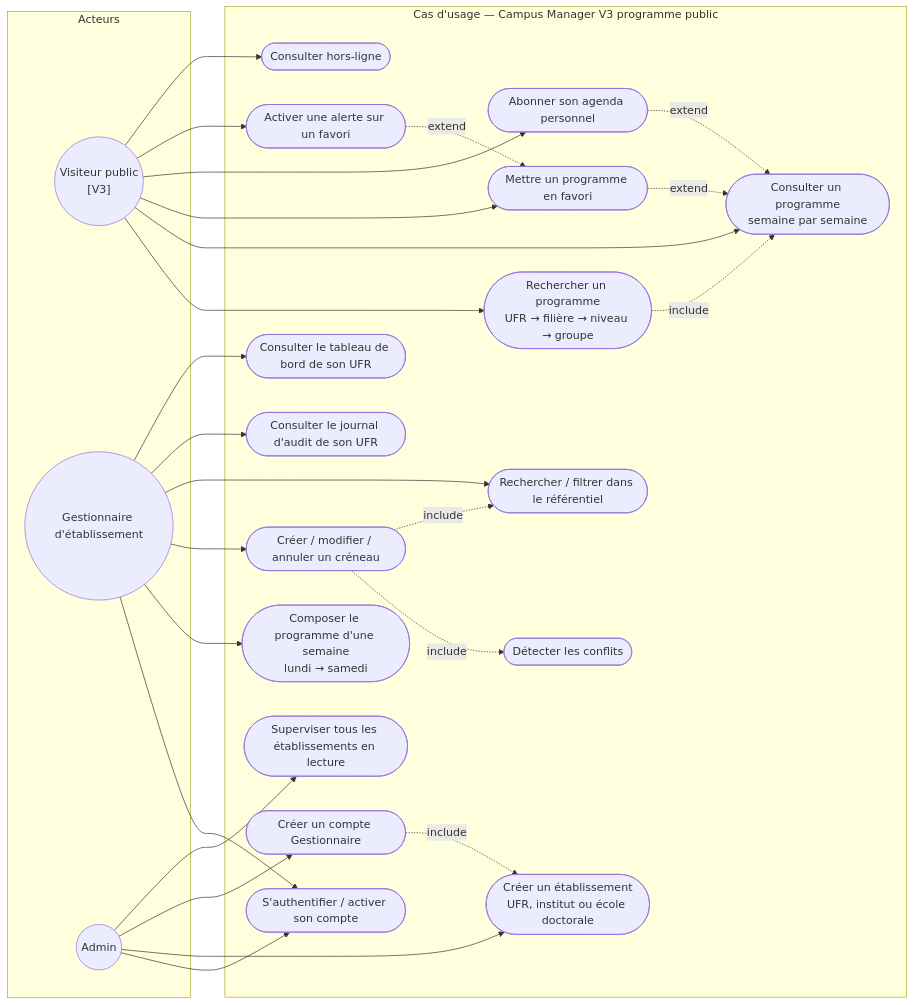
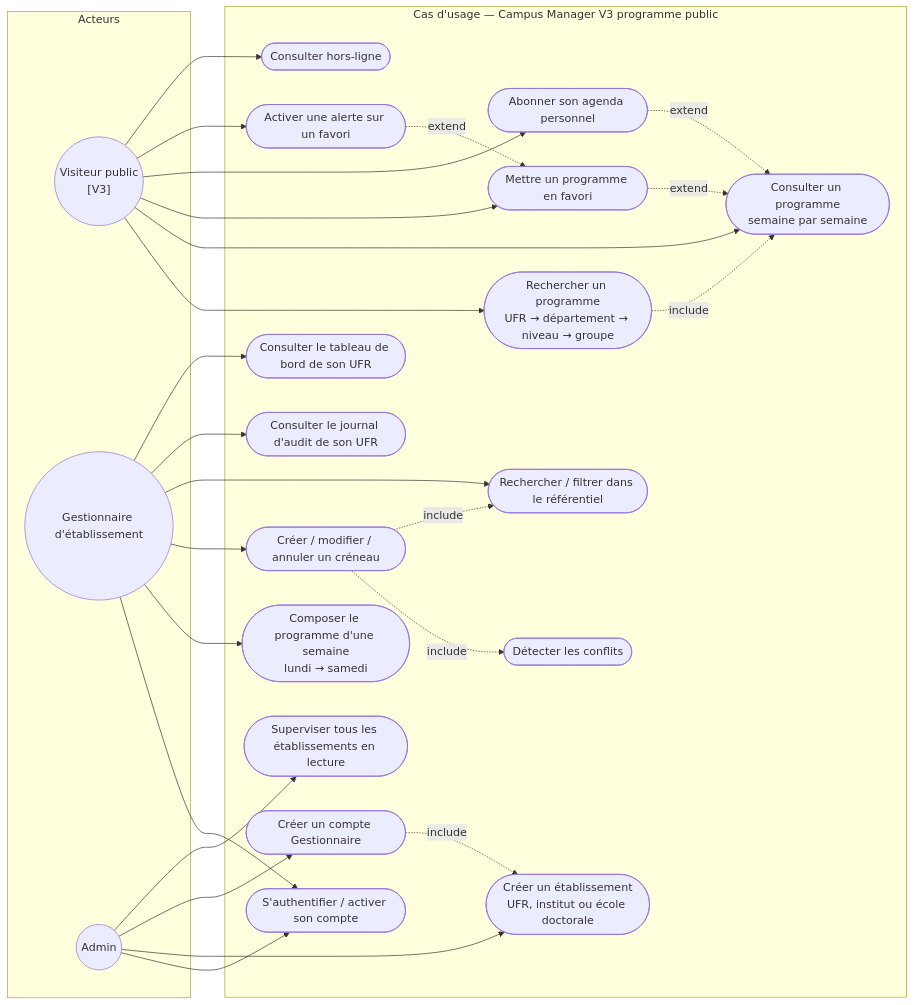
One commit to Kevin23phx/Gestionnaire_emploi_de_temps changed the second of 7 diagrams in docs/05_UML_C4_Campus_Manager.md. Above: the diagram before and after it, drawn with Mermaid. The commit also changed other lines of this file and 18 other files, not shown here.

````diff
--- a/docs/05_UML_C4_Campus_Manager.md
+++ b/docs/05_UML_C4_Campus_Manager.md
@@ -45,53 +45,53 @@
 ```mermaid
 graph LR
     subgraph Acteurs
         V(("Visiteur public<br/>[V3]"))
         S((Gestionnaire d'établissement))
         A((Admin))
     end
 
     subgraph "Cas d'usage — Campus Manager V3 programme public"
-        UP1(["Rechercher un programme<br/>UFR → filière → niveau → groupe"])
+        UP1(["Rechercher un programme<br/>UFR → département → niveau → groupe"])
         UP2(["Consulter un programme<br/>semaine par semaine"])
         UP3(["Mettre un programme en favori"])
         UP4(["Abonner son agenda personnel"])
         UP5(["Activer une alerte sur un favori"])
         UP6(["Consulter hors-ligne"])
 
         UC1(["S'authentifier / activer son compte"])
         UC22(["Composer le programme d'une semaine<br/>lundi → samedi"])
         UC8(["Créer / modifier / annuler un créneau"])
         UC9(["Détecter les conflits"])
         UC21(["Rechercher / filtrer dans le référentiel"])
         UC11(["Consulter le journal d'audit de son UFR"])
         UC12(["Consulter le tableau de bord de son UFR"])
         UC13(["Créer un établissement<br/>UFR, institut ou école doctorale"])
         UC14(["Créer un compte Gestionnaire"])
         UC15(["Superviser tous les établissements en lecture"])
     end
 
     V --> UP1
     V --> UP2
     V --> UP3
     V --> UP4
     V --> UP5
     V --> UP6
     S --> UC1
     S --> UC22
     S --> UC8
     S --> UC21
     S --> UC11
     S --> UC12
     A --> UC1
     A --> UC13
     A --> UC14
     A --> UC15
 
     UP1 -. include .-> UP2
     UP3 -. extend .-> UP2
     UP4 -. extend .-> UP2
     UP5 -. extend .-> UP3
     UC8 -. include .-> UC9
     UC14 -. include .-> UC13
     UC8 -. include .-> UC21
 ```
````
